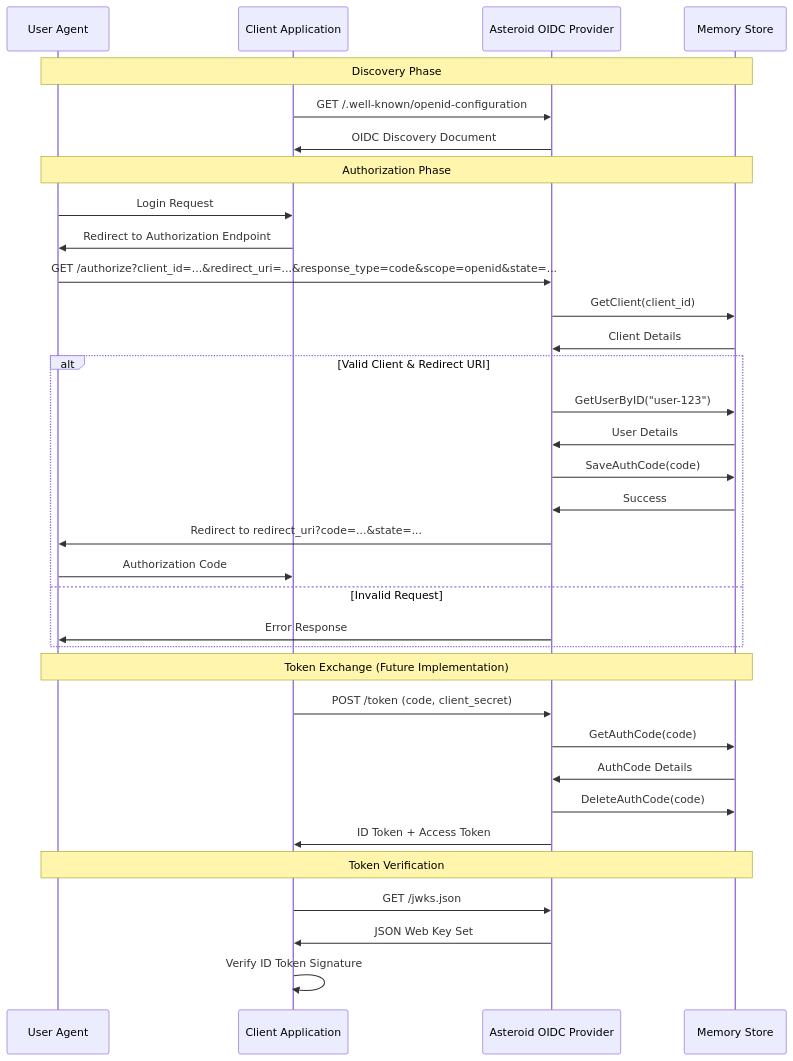
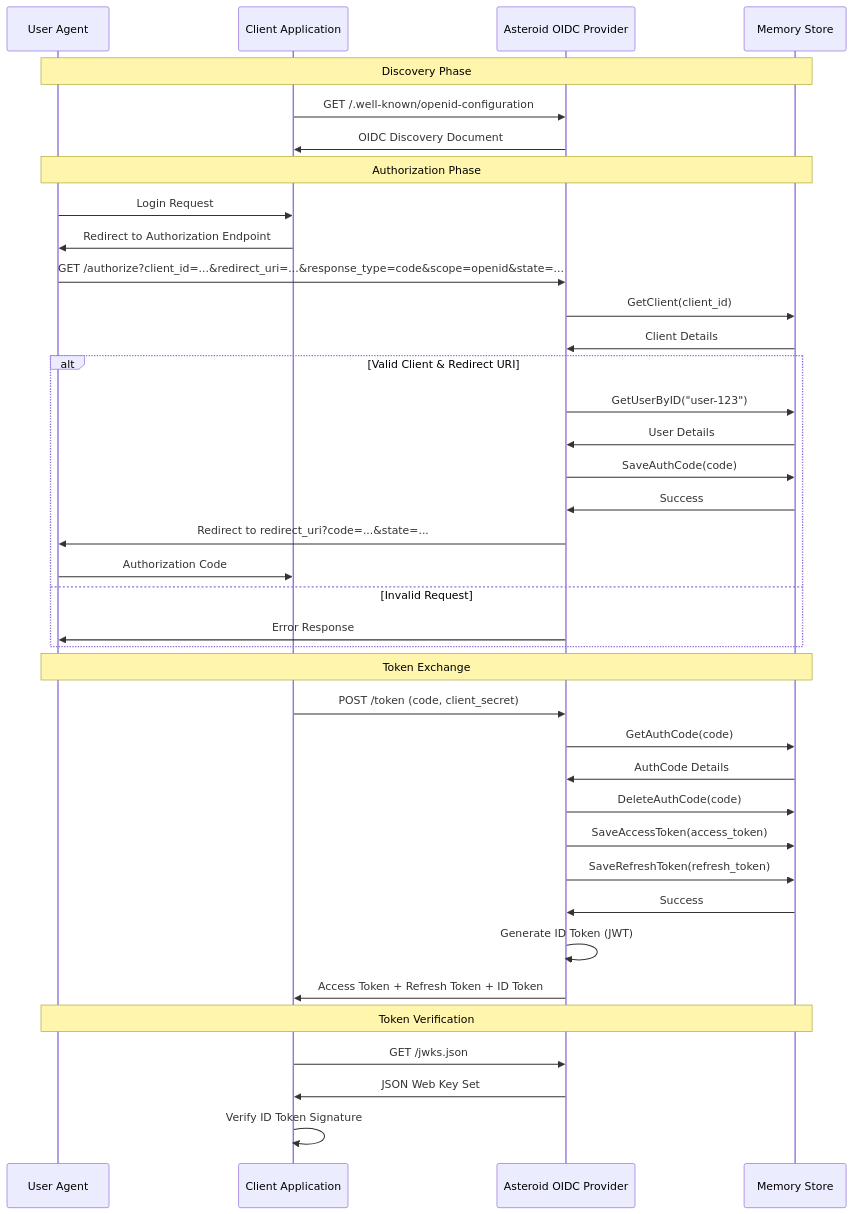
One commit to keix/asteroid changed the diagram in docs/architecture.md. Above: the diagram before and after it, drawn with Mermaid. The commit also changed other lines of this file and 10 other files, not shown here.

````diff
--- a/docs/architecture.md
+++ b/docs/architecture.md
@@ -7,42 +7,46 @@
 ```mermaid
 sequenceDiagram
     participant User as User Agent
     participant Client as Client Application
     participant Asteroid as Asteroid OIDC Provider
     participant Store as Memory Store
 
     Note over User,Store: Discovery Phase
     Client->>Asteroid: GET /.well-known/openid-configuration
     Asteroid->>Client: OIDC Discovery Document
 
     Note over User,Store: Authorization Phase
     User->>Client: Login Request
     Client->>User: Redirect to Authorization Endpoint
     User->>Asteroid: GET /authorize?client_id=...&redirect_uri=...&response_type=code&scope=openid&state=...
 
     Asteroid->>Store: GetClient(client_id)
     Store->>Asteroid: Client Details
     
     alt Valid Client & Redirect URI
         Asteroid->>Store: GetUserByID("user-123")
         Store->>Asteroid: User Details
         Asteroid->>Store: SaveAuthCode(code)
         Store->>Asteroid: Success
         Asteroid->>User: Redirect to redirect_uri?code=...&state=...
         User->>Client: Authorization Code
     else Invalid Request
         Asteroid->>User: Error Response
     end
 
-    Note over User,Store: Token Exchange (Future Implementation)
+    Note over User,Store: Token Exchange
     Client->>Asteroid: POST /token (code, client_secret)
     Asteroid->>Store: GetAuthCode(code)
     Store->>Asteroid: AuthCode Details
     Asteroid->>Store: DeleteAuthCode(code)
-    Asteroid->>Client: ID Token + Access Token
+    Asteroid->>Store: SaveAccessToken(access_token)
+    Asteroid->>Store: SaveRefreshToken(refresh_token)
+    Store->>Asteroid: Success
+    Asteroid->>Asteroid: Generate ID Token (JWT)
+    Asteroid->>Client: Access Token + Refresh Token + ID Token
 
     Note over User,Store: Token Verification
     Client->>Asteroid: GET /jwks.json
     Asteroid->>Client: JSON Web Key Set
     Client->>Client: Verify ID Token Signature
 ```
````
